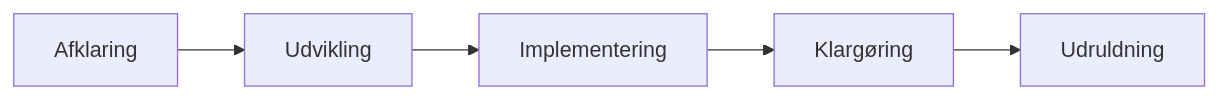
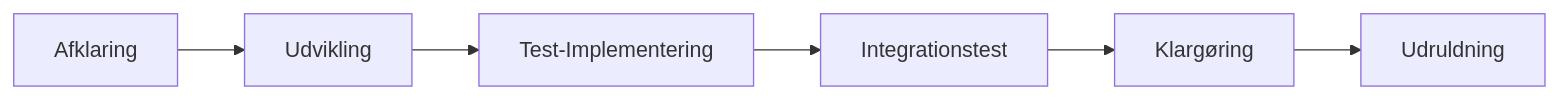
One commit to ChatBotBerg/OS2produktmodning changed the first of 3 diagrams in docs/Produktspecifikke-anvisninger/OS2forms/fordelingskomponenten.md. Above: the diagram before and after it, drawn with Mermaid. The commit also changed other lines of this file, not shown here.

````diff
--- a/docs/Produktspecifikke-anvisninger/OS2forms/fordelingskomponenten.md
+++ b/docs/Produktspecifikke-anvisninger/OS2forms/fordelingskomponenten.md
@@ -24,4 +25,4 @@
 ```mermaid
 flowchart LR
-   Afklaring --> Udvikling --> Implementering --> Klargøring --> Udruldning
+   Afklaring --> Udvikling --> Test-Implementering --> Integrationstest --> Klargøring --> Udruldning
 ```
````
